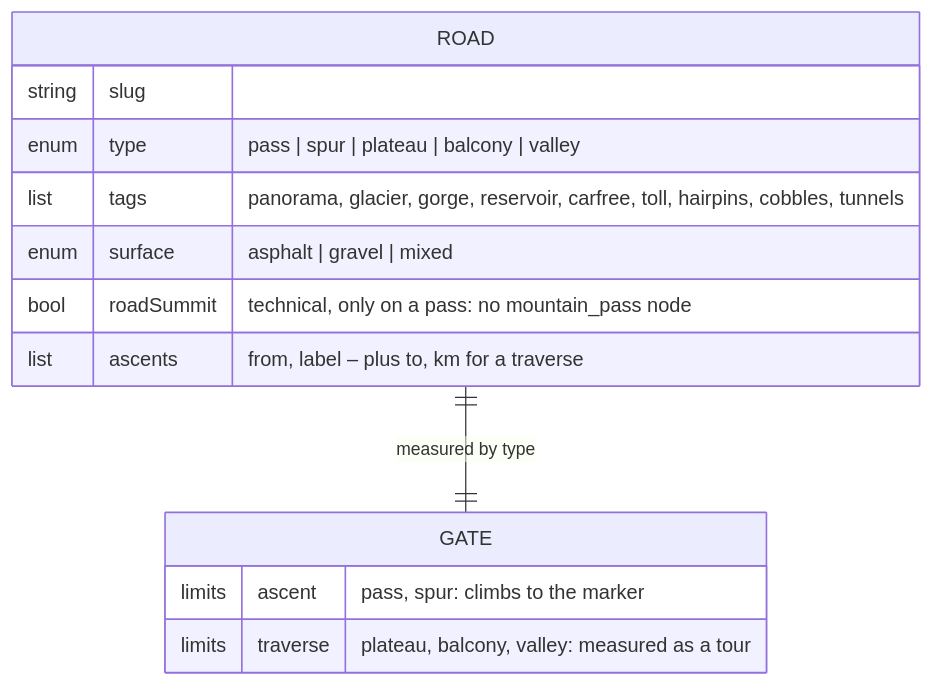
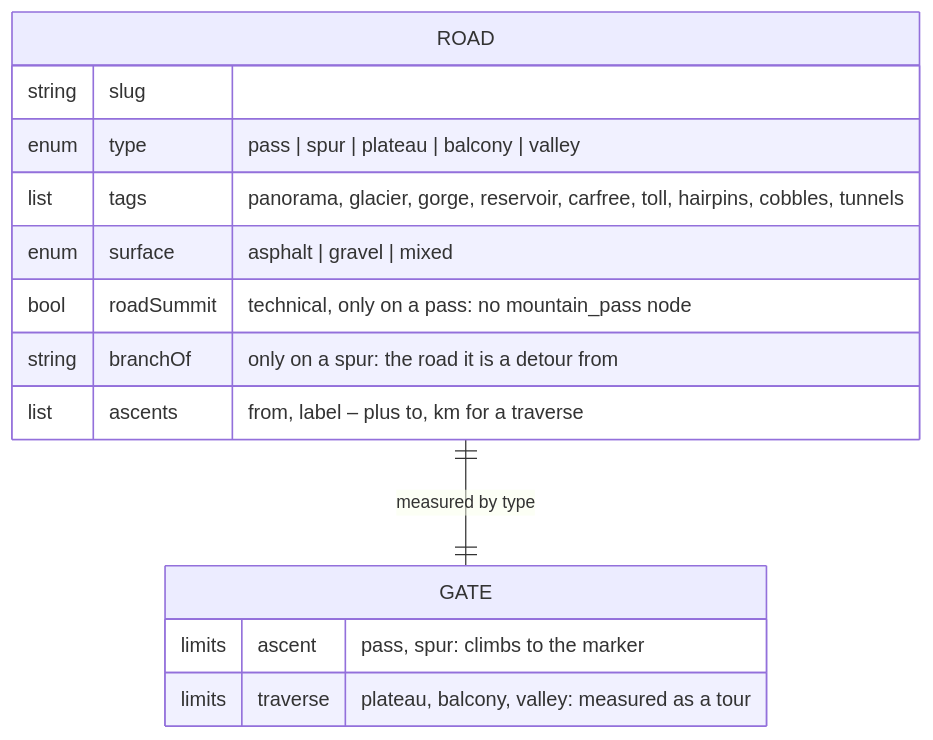
The second of 5 diagrams in docs/data-model.md (mdugue/alpen), drawn with Mermaid before and after one commit. The commit also changed other lines of this file and 15 other files, not shown here.

First line of the commit message:
feat(data): detours off a road – branchOf, Großglockner pilot

````diff
--- a/docs/data-model.md
+++ b/docs/data-model.md
@@ -151,16 +152,17 @@
 ```mermaid
 erDiagram
   ROAD {
     string slug
     enum type "pass | spur | plateau | balcony | valley"
     list tags "panorama, glacier, gorge, reservoir, carfree, toll, hairpins, cobbles, tunnels"
     enum surface "asphalt | gravel | mixed"
     bool roadSummit "technical, only on a pass: no mountain_pass node"
+    string branchOf "only on a spur: the road it is a detour from"
     list ascents "from, label – plus to, km for a traverse"
   }
   GATE {
     limits ascent "pass, spur: climbs to the marker"
     limits traverse "plateau, balcony, valley: measured as a tour"
   }
   ROAD ||--|| GATE : "measured by type"
 ```
````
